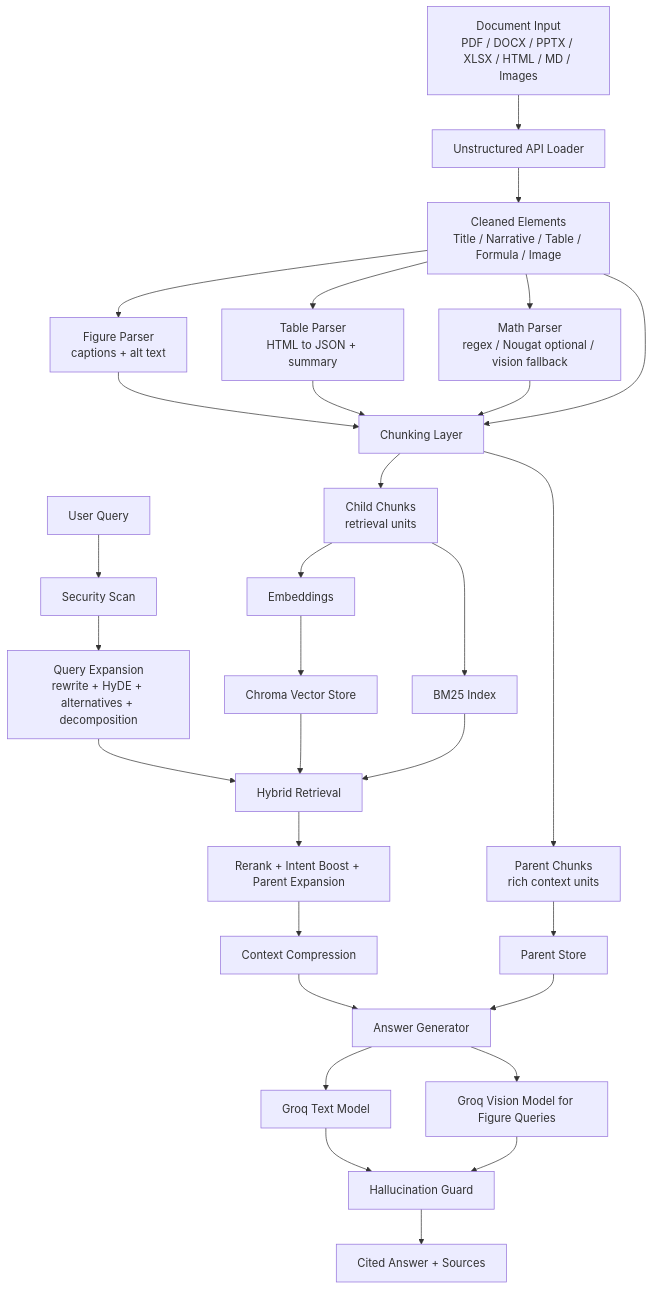
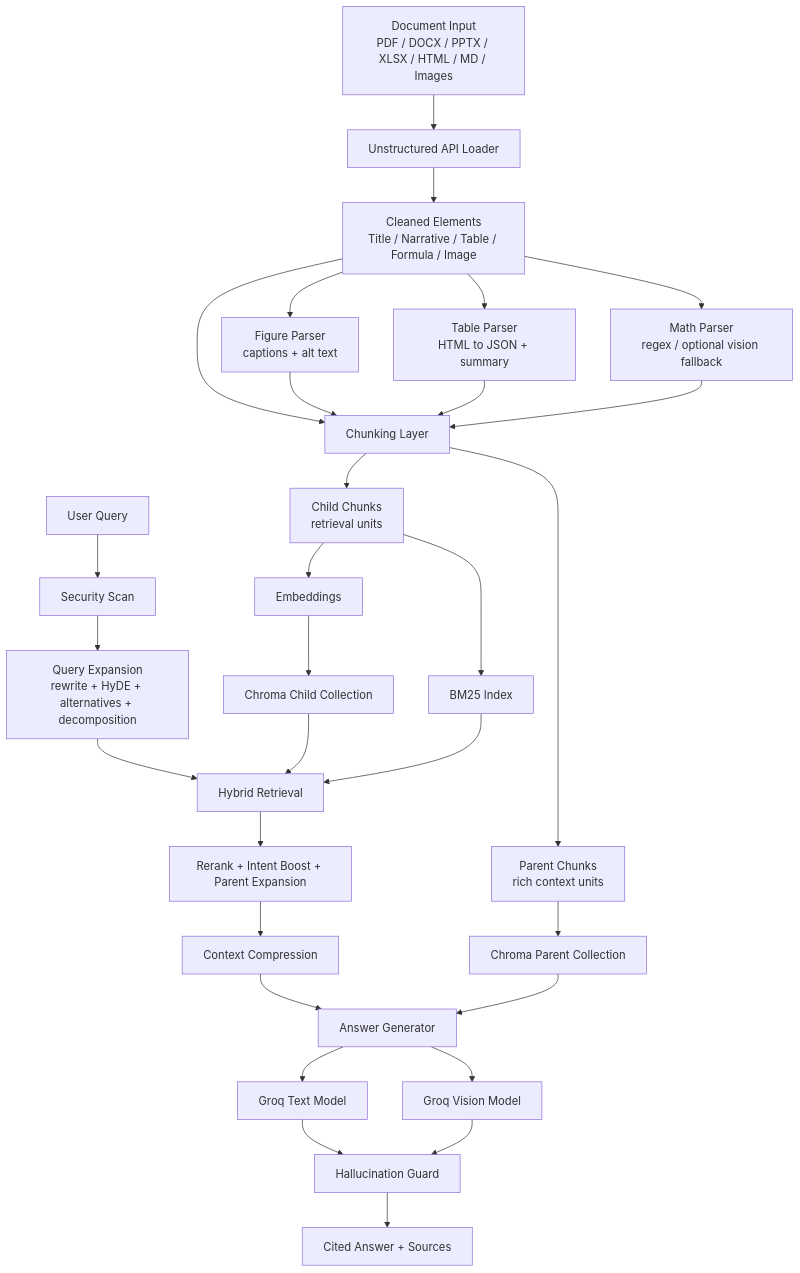
One commit to paulriddhiman793/RAG_A changed the first of 4 diagrams in README.md. Above: the diagram before and after it, drawn with Mermaid. The commit also changed other lines of this file and 9 other files, not shown here.

````diff
--- a/README.md
+++ b/README.md
@@ -30,33 +59,35 @@
 ```mermaid
 flowchart TD
     A[Document Input<br/>PDF / DOCX / PPTX / XLSX / HTML / MD / Images] --> B[Unstructured API Loader]
     B --> C[Cleaned Elements<br/>Title / Narrative / Table / Formula / Image]
     C --> D[Figure Parser<br/>captions + alt text]
     C --> E[Table Parser<br/>HTML to JSON + summary]
-    C --> F[Math Parser<br/>regex / Nougat optional / vision fallback]
-    D --> G[Chunking Layer]
+    C --> F[Math Parser<br/>regex / optional vision fallback]
+    C --> G[Chunking Layer]
+    D --> G
     E --> G
     F --> G
-    C --> G
+
     G --> H[Child Chunks<br/>retrieval units]
     G --> I[Parent Chunks<br/>rich context units]
+
     H --> J[Embeddings]
-    J --> K[Chroma Vector Store]
+    J --> K[Chroma Child Collection]
     H --> L[BM25 Index]
-    I --> M[Parent Store]
+    I --> M[Chroma Parent Collection]
 
     N[User Query] --> O[Security Scan]
     O --> P[Query Expansion<br/>rewrite + HyDE + alternatives + decomposition]
     P --> Q[Hybrid Retrieval]
     K --> Q
     L --> Q
     Q --> R[Rerank + Intent Boost + Parent Expansion]
     R --> S[Context Compression]
     S --> T[Answer Generator]
     M --> T
     T --> U[Groq Text Model]
-    T --> V[Groq Vision Model for Figure Queries]
+    T --> V[Groq Vision Model]
     U --> W[Hallucination Guard]
     V --> W
     W --> X[Cited Answer + Sources]
 ```
````
